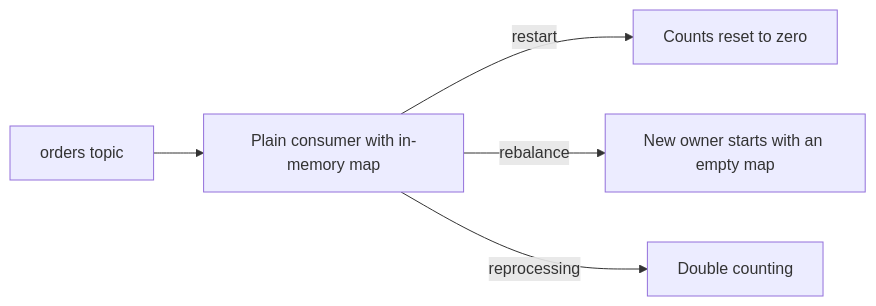
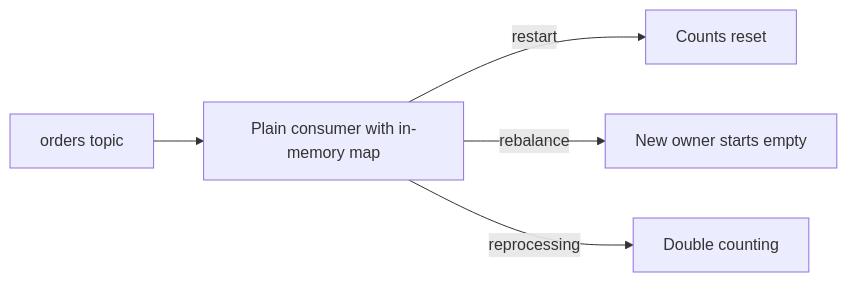
The first of 2 diagrams in notes/02-messaging/02-kafka/14-kafka-streams-basics.md (jubin-techwiz/learning), drawn with Mermaid before and after one commit. The commit also changed other lines of this file and 37 other files, not shown here.

````diff
--- a/notes/02-messaging/02-kafka/14-kafka-streams-basics.md
+++ b/notes/02-messaging/02-kafka/14-kafka-streams-basics.md
@@ -26,7 +53,7 @@
 ```mermaid
 flowchart LR
     O[orders topic] --> C[Plain consumer with in-memory map]
-    C -->|restart| Z[Counts reset to zero]
-    C -->|rebalance| E[New owner starts with an empty map]
+    C -->|restart| Z[Counts reset]
+    C -->|rebalance| E[New owner starts empty]
     C -->|reprocessing| D[Double counting]
 ```
````
